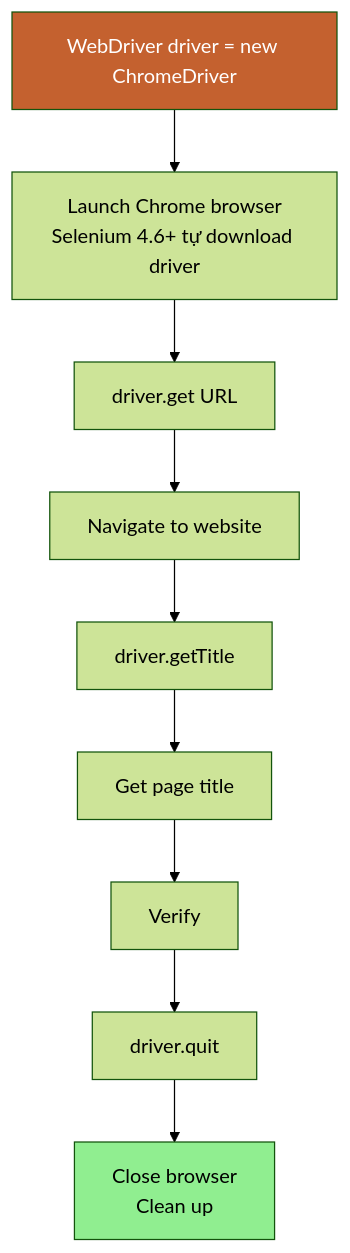
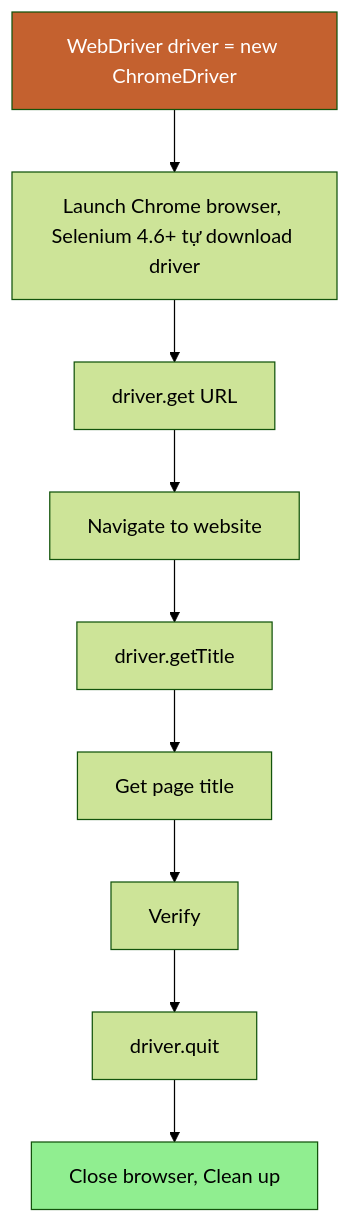
The eighth of 9 diagrams in 04-selenium-introduction.md (namnd0806/automation-testing-cource), drawn with Mermaid (forest theme) before and after one commit. The commit also changed other lines of this file and 4 other files, not shown here.

First line of the commit message:
Fix: Sửa tất cả sơ đồ Mermaid lỗi format

````diff
--- a/04-selenium-introduction.md
+++ b/04-selenium-introduction.md
@@ -449,19 +449,19 @@
 ```mermaid
 graph TD
     A[WebDriver driver = new ChromeDriver]
-    A --> B[Launch Chrome browser<br/>Selenium 4.6+ tự download driver]
+    A --> B[Launch Chrome browser, Selenium 4.6+ tự download driver]
     
     B --> C[driver.get URL]
     C --> D[Navigate to website]
     
     D --> E[driver.getTitle]
     E --> F[Get page title]
     
     F --> G[Verify]
     
     G --> H[driver.quit]
-    H --> I[Close browser<br/>Clean up]
+    H --> I[Close browser, Clean up]
     
     style A fill:#C4612F,color:#fff
     style I fill:#90EE90
 ```
````
